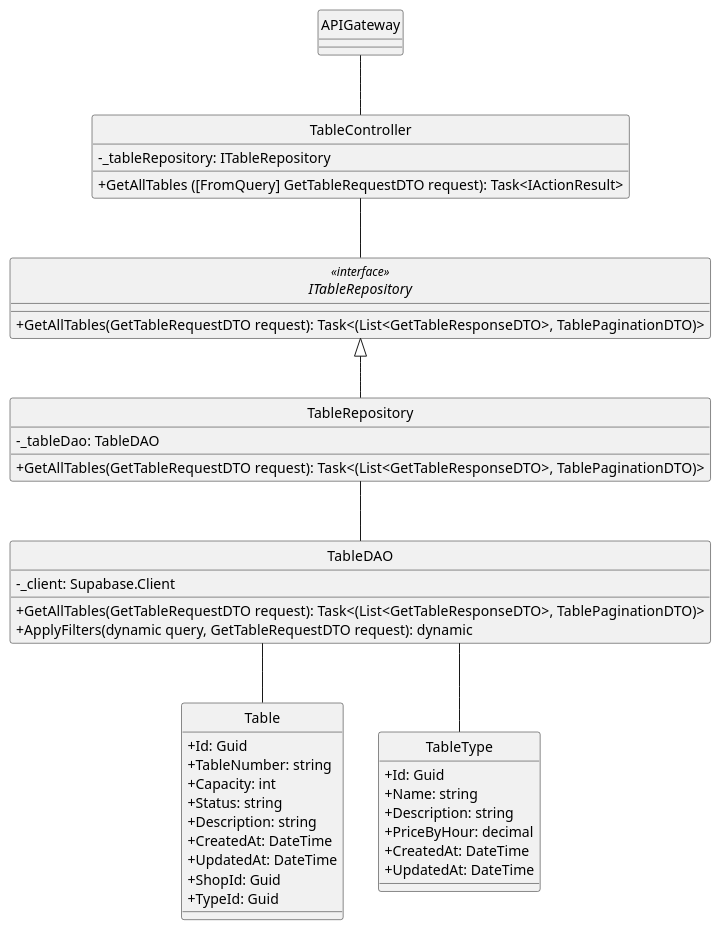
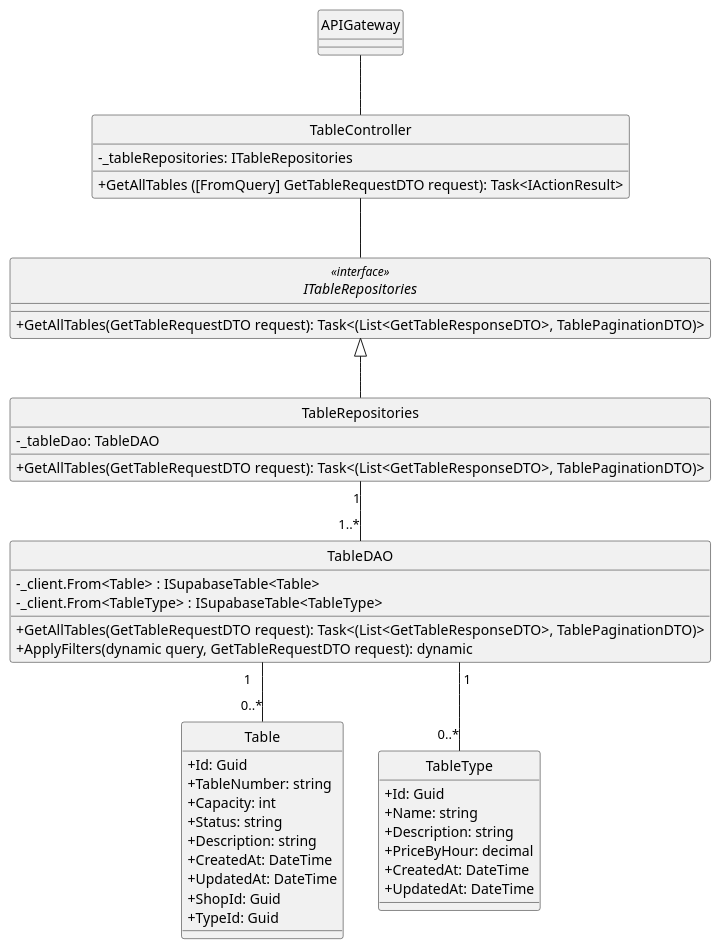
The diagram in docs/ClassDiagram/Table/ReadAll.plantuml (minhnhut23/FPT-OBOMS), drawn with PlantUML before and after one commit. The commit also changed 9 other files, not shown here.

Commit message:
table feature sequence-diagram

```diff
--- a/docs/ClassDiagram/Table/ReadAll.plantuml
+++ b/docs/ClassDiagram/Table/ReadAll.plantuml
@@ -1,52 +1,53 @@
 @startuml
 hide circle
 skinparam classAttributeIconSize 0
 skinparam linetype ortho
 
 class APIGateway {
 }
 class TableController {
-    - _tableRepository: ITableRepository
+    - _tableRepositories: ITableRepositories
     + GetAllTables ([FromQuery] GetTableRequestDTO request): Task<IActionResult>
 }
-interface ITableRepository<<interface>>  {
+interface ITableRepositories<<interface>>  {
     + GetAllTables(GetTableRequestDTO request): Task<(List<GetTableResponseDTO>, TablePaginationDTO)> 
 }
 
-class TableRepository {
+class TableRepositories {
     - _tableDao: TableDAO
     + GetAllTables(GetTableRequestDTO request): Task<(List<GetTableResponseDTO>, TablePaginationDTO)>
 }
 class TableDAO {
-    - _client: Supabase.Client
+    - _client.From<Table> : ISupabaseTable<Table>
+    - _client.From<TableType> : ISupabaseTable<TableType>
     + GetAllTables(GetTableRequestDTO request): Task<(List<GetTableResponseDTO>, TablePaginationDTO)>
     + ApplyFilters(dynamic query, GetTableRequestDTO request): dynamic
 }
 class Table {
     + Id: Guid
     + TableNumber: string
     + Capacity: int
     + Status: string
     + Description: string
     + CreatedAt: DateTime
     + UpdatedAt: DateTime
     + ShopId: Guid
     + TypeId: Guid
 }
 
 class TableType {
     + Id: Guid
     + Name: string
     + Description: string
     + PriceByHour: decimal
     + CreatedAt: DateTime
     + UpdatedAt: DateTime
 }
 APIGateway -- TableController
-TableController -- ITableRepository
-ITableRepository <|-- TableRepository
-TableRepository -- TableDAO
-TableDAO -- Table
-TableDAO -- TableType
+TableController -- ITableRepositories
+ITableRepositories <|-- TableRepositories
+TableRepositories "1"--"1..*" TableDAO
+TableDAO "1"--"0..*" Table
+TableDAO "1"--"0..*" TableType
 
 @enduml
```
